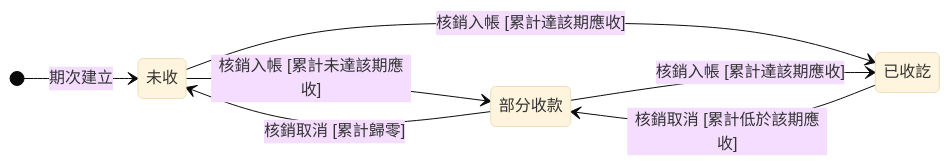
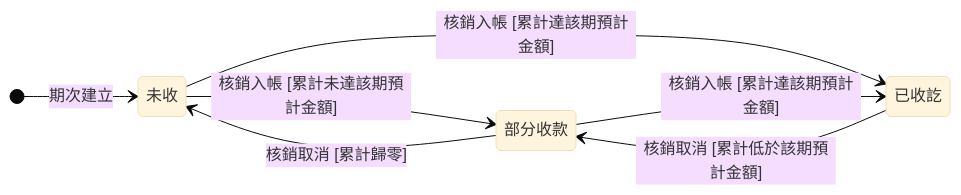
One commit to Kawato-Miles/erp-spec changed the second of 2 diagrams in memory/Sens_wiki/wiki/erp/06-state-machines/分期請款狀態.md. Above: the diagram before and after it, drawn with Mermaid (base theme). The commit also changed other lines of this file and 50 other files, not shown here.

````diff
--- a/memory/Sens_wiki/wiki/erp/06-state-machines/分期請款狀態.md
+++ b/memory/Sens_wiki/wiki/erp/06-state-machines/分期請款狀態.md
@@ -62,16 +62,16 @@
 ```mermaid
 stateDiagram-v2
     direction LR
 
     [*] --> p_none : 期次建立
 
     state "未收" as p_none
     state "部分收款" as p_partial
     state "已收訖" as p_paid
 
-    p_none --> p_partial : 核銷入帳 [累計未達該期應收]
-    p_none --> p_paid : 核銷入帳 [累計達該期應收]
-    p_partial --> p_paid : 核銷入帳 [累計達該期應收]
+    p_none --> p_partial : 核銷入帳 [累計未達該期預計金額]
+    p_none --> p_paid : 核銷入帳 [累計達該期預計金額]
+    p_partial --> p_paid : 核銷入帳 [累計達該期預計金額]
     p_partial --> p_none : 核銷取消 [累計歸零]
-    p_paid --> p_partial : 核銷取消 [累計低於該期應收]
+    p_paid --> p_partial : 核銷取消 [累計低於該期預計金額]
 ```
````
